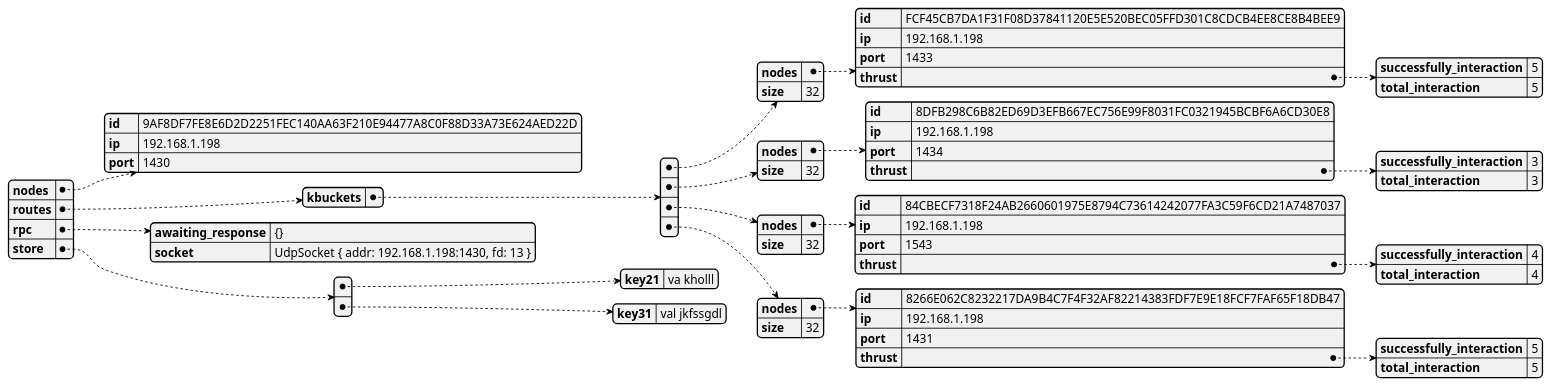
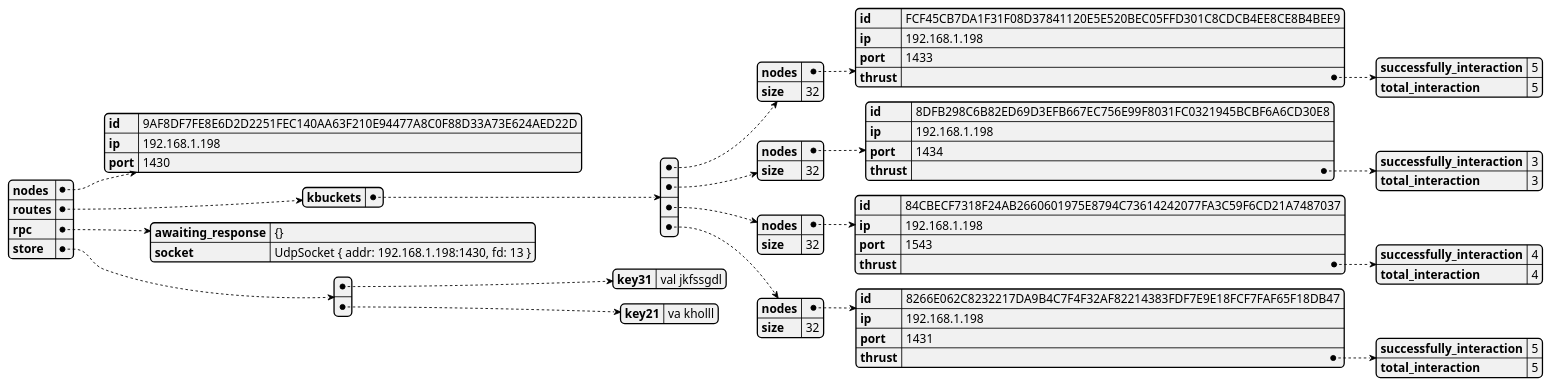
Before and after one commit to GoliathHagar/distributed_legder_kademlia: the diagram in src/distributed_legder/state_dumps/test-contact-1.json.plantuml, drawn with PlantUML. The commit also changed 8 other files, not shown here.

```diff
--- a/src/distributed_legder/state_dumps/test-contact-1.json.plantuml
+++ b/src/distributed_legder/state_dumps/test-contact-1.json.plantuml
@@ -1,3 +1,3 @@
 @startjson
-{"nodes":{"id":"9AF8DF7FE8E6D2D2251FEC140AA63F210E94477A8C0F88D33A73E624AED22D","ip":"192.168.1.198","port":1430},"routes":{"kbuckets":[{"nodes":{"id":"FCF45CB7DA1F31F08D37841120E5E520BEC05FFD301C8CDCB4EE8CE8B4BEE9","ip":"192.168.1.198","port":1433,"thrust":{"successfully_interaction":5,"total_interaction":5}},"size":32},{"nodes":{"id":"8DFB298C6B82ED69D3EFB667EC756E99F8031FC0321945BCBF6A6CD30E8","ip":"192.168.1.198","port":1434,"thrust":{"successfully_interaction":3,"total_interaction":3}},"size":32},{"nodes":{"id":"84CBECF7318F24AB2660601975E8794C73614242077FA3C59F6CD21A7487037","ip":"192.168.1.198","port":1543,"thrust":{"successfully_interaction":4,"total_interaction":4}},"size":32},{"nodes":{"id":"8266E062C8232217DA9B4C7F4F32AF82214383FDF7E9E18FCF7FAF65F18DB47","ip":"192.168.1.198","port":1431,"thrust":{"successfully_interaction":5,"total_interaction":5}},"size":32}]},"rpc":{"awaiting_response":"{}","socket":"UdpSocket { addr: 192.168.1.198:1430, fd: 13 }"},"store":[{"key21":"va kholll"},{"key31":"val jkfssgdl"}]}
-@endjson
+{"nodes":{"id":"9AF8DF7FE8E6D2D2251FEC140AA63F210E94477A8C0F88D33A73E624AED22D","ip":"192.168.1.198","port":1430},"routes":{"kbuckets":[{"nodes":{"id":"FCF45CB7DA1F31F08D37841120E5E520BEC05FFD301C8CDCB4EE8CE8B4BEE9","ip":"192.168.1.198","port":1433,"thrust":{"successfully_interaction":5,"total_interaction":5}},"size":32},{"nodes":{"id":"8DFB298C6B82ED69D3EFB667EC756E99F8031FC0321945BCBF6A6CD30E8","ip":"192.168.1.198","port":1434,"thrust":{"successfully_interaction":3,"total_interaction":3}},"size":32},{"nodes":{"id":"84CBECF7318F24AB2660601975E8794C73614242077FA3C59F6CD21A7487037","ip":"192.168.1.198","port":1543,"thrust":{"successfully_interaction":4,"total_interaction":4}},"size":32},{"nodes":{"id":"8266E062C8232217DA9B4C7F4F32AF82214383FDF7E9E18FCF7FAF65F18DB47","ip":"192.168.1.198","port":1431,"thrust":{"successfully_interaction":5,"total_interaction":5}},"size":32}]},"rpc":{"awaiting_response":"{}","socket":"UdpSocket { addr: 192.168.1.198:1430, fd: 13 }"},"store":[{"key31":"val jkfssgdl"},{"key21":"va kholll"}]}
+@endjsonholll"}]}
```
